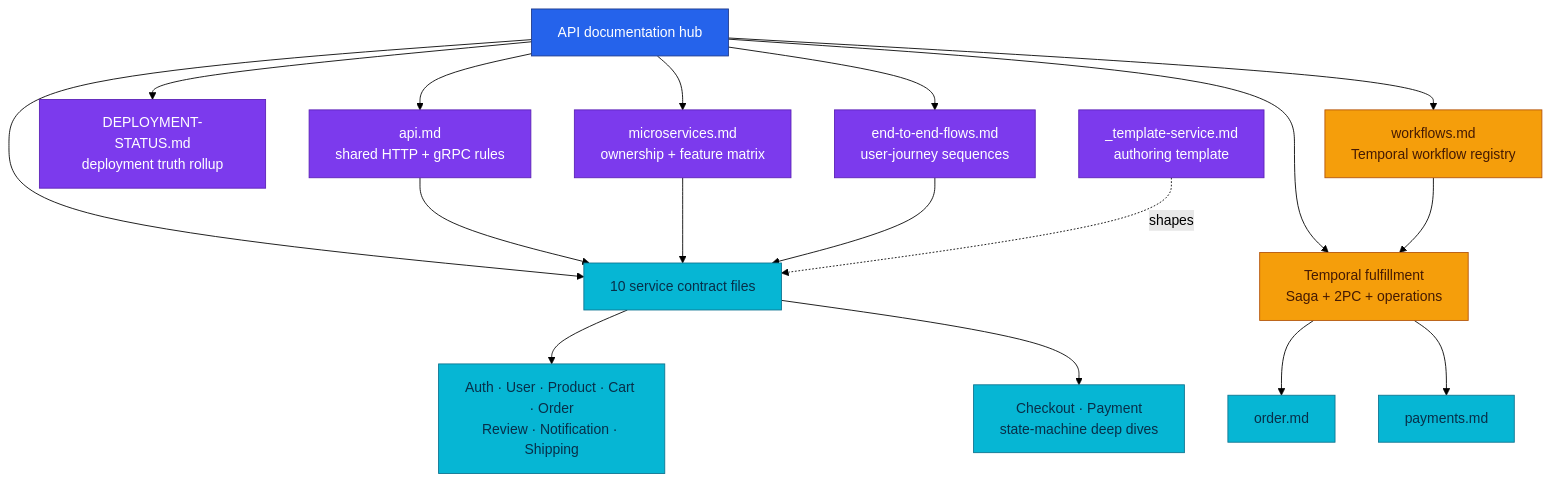
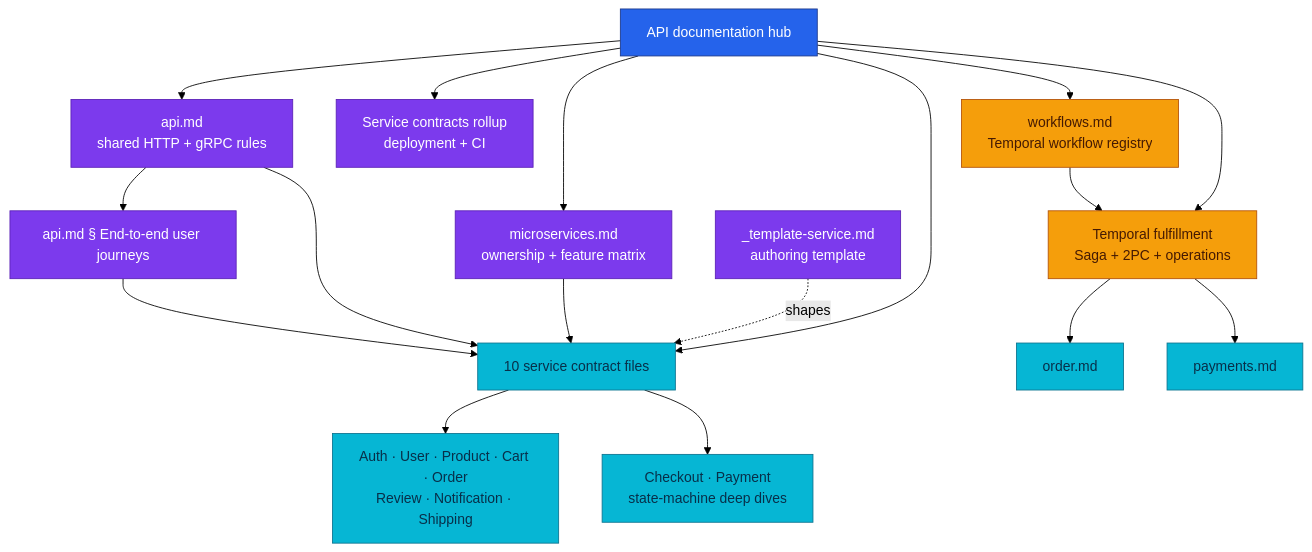
Before and after one commit to duynhlab/homelab: the diagram in docs/api/README.md, drawn with Mermaid (forest theme). The commit also changed other lines of this file and 26 other files, not shown here.

````diff
--- a/docs/api/README.md
+++ b/docs/api/README.md
@@ -14,28 +14,28 @@
 ```mermaid
 flowchart TD
     Hub["API documentation hub"] --> Shared["api.md<br/>shared HTTP + gRPC rules"]
-    Hub --> Status["DEPLOYMENT-STATUS.md<br/>deployment truth rollup"]
+    Hub --> Rollup["Service contracts rollup<br/>deployment + CI"]
     Hub --> Catalog["microservices.md<br/>ownership + feature matrix"]
-    Hub --> Flows["end-to-end-flows.md<br/>user-journey sequences"]
     Hub --> Contracts["10 service contract files"]
     Hub --> Workflows["workflows.md<br/>Temporal workflow registry"]
     Hub --> Saga["Temporal fulfillment<br/>Saga + 2PC + operations"]
+    Shared --> Journeys["api.md § End-to-end user journeys"]
     Contracts --> Basic["Auth · User · Product · Cart · Order<br/>Review · Notification · Shipping"]
     Contracts --> Deep["Checkout · Payment<br/>state-machine deep dives"]
     Shared --> Contracts
     Catalog --> Contracts
-    Flows --> Contracts
+    Journeys --> Contracts
     Workflows --> Saga
     Template["_template-service.md<br/>authoring template"] -.->|"shapes"| Contracts
     Saga --> Order["order.md"]
     Saga --> Payment["payments.md"]
 
     classDef hub fill:#2563eb,color:#fff,stroke:#1e3a8a;
     classDef guide fill:#7c3aed,color:#fff,stroke:#5b21b6;
     classDef contract fill:#06b6d4,color:#082f49,stroke:#0e7490;
     classDef workflow fill:#f59e0b,color:#451a03,stroke:#b45309;
     class Hub hub;
-    class Shared,Catalog,Status,Flows,Template guide;
+    class Shared,Catalog,Rollup,Journeys,Template guide;
     class Contracts,Basic,Deep,Order,Payment contract;
     class Saga,Workflows workflow;
 ```
````
